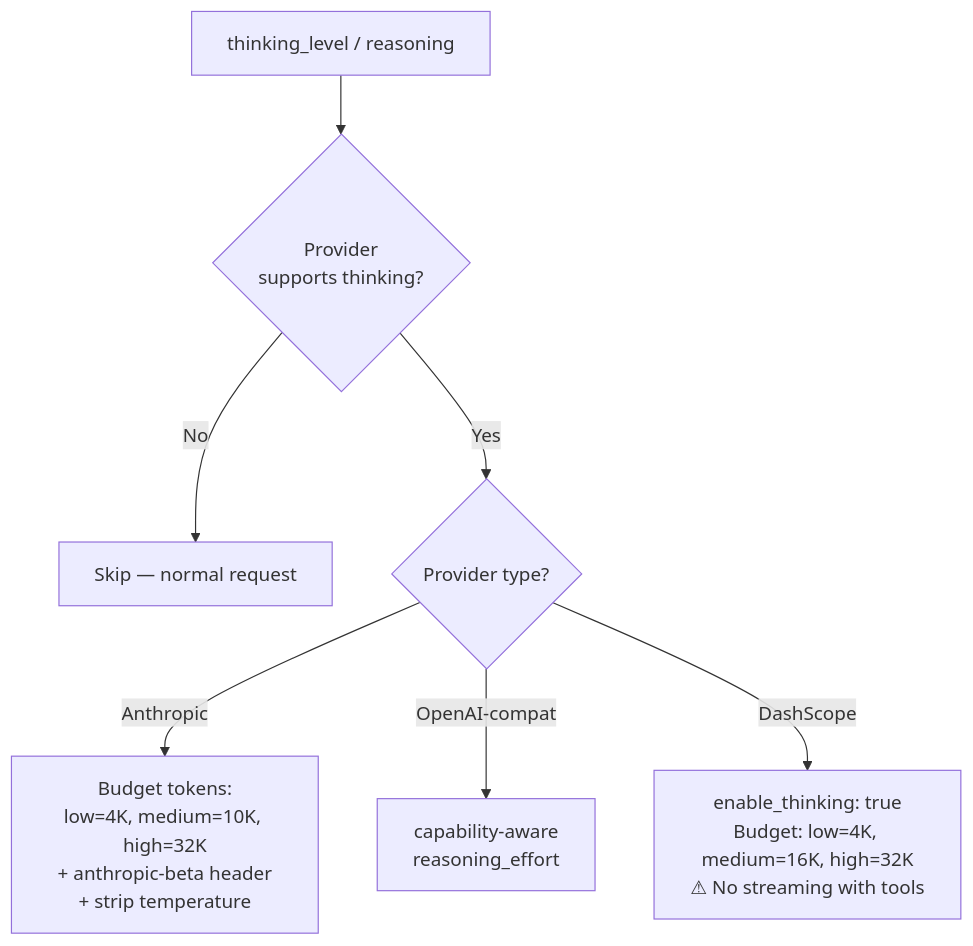
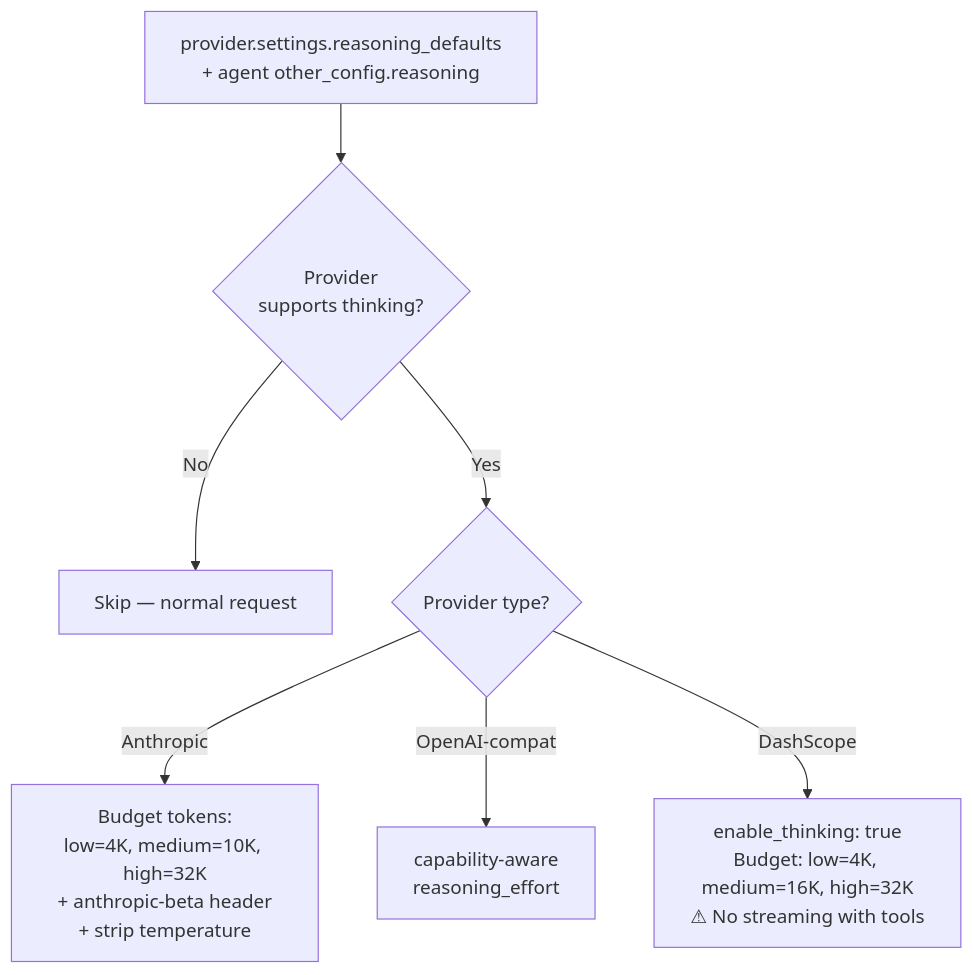
The seventh of 9 diagrams in docs/02-providers.md (nextlevelbuilder/goclaw), drawn with Mermaid before and after one commit. The commit also changed other lines of this file and 37 other files, not shown here.

Commit message:
feat: add provider-first reasoning controls

````diff
--- a/docs/02-providers.md
+++ b/docs/02-providers.md
@@ -278,10 +278,10 @@
 ```mermaid
 flowchart TD
-    LEVEL["thinking_level / reasoning"] --> CHECK{"Provider<br/>supports thinking?"}
+    LEVEL["provider.settings.reasoning_defaults<br/>+ agent other_config.reasoning"] --> CHECK{"Provider<br/>supports thinking?"}
     CHECK -->|No| SKIP["Skip — normal request"]
     CHECK -->|Yes| TYPE{"Provider type?"}
 
     TYPE -->|Anthropic| ANTH["Budget tokens:<br/>low=4K, medium=10K, high=32K<br/>+ anthropic-beta header<br/>+ strip temperature"]
     TYPE -->|OpenAI-compat| OAI["capability-aware<br/>reasoning_effort"]
     TYPE -->|DashScope| DASH["enable_thinking: true<br/>Budget: low=4K, medium=16K, high=32K<br/>⚠ No streaming with tools"]
 ```
````
